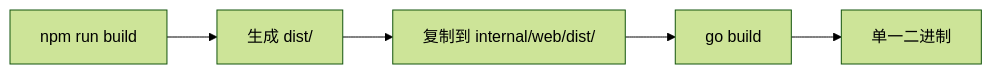
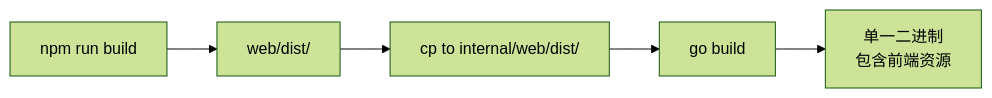
One commit to xiaodou997/grape changed the fifth of 5 diagrams in docs/IMPLEMENTATION.md. Above: the diagram before and after it, drawn with Mermaid (forest theme). The commit also changed other lines of this file and 101 other files, not shown here.

````diff
--- a/docs/IMPLEMENTATION.md
+++ b/docs/IMPLEMENTATION.md
@@ -229,7 +370,7 @@
 ```mermaid
 flowchart LR
-    A[npm run build] --> B[生成 dist/]
-    B --> C[复制到 internal/web/dist/]
+    A[npm run build] --> B[web/dist/]
+    B --> C[cp to internal/web/dist/]
     C --> D[go build]
-    D --> E[单一二进制]
+    D --> E[单一二进制<br/>包含前端资源]
 ```
````
